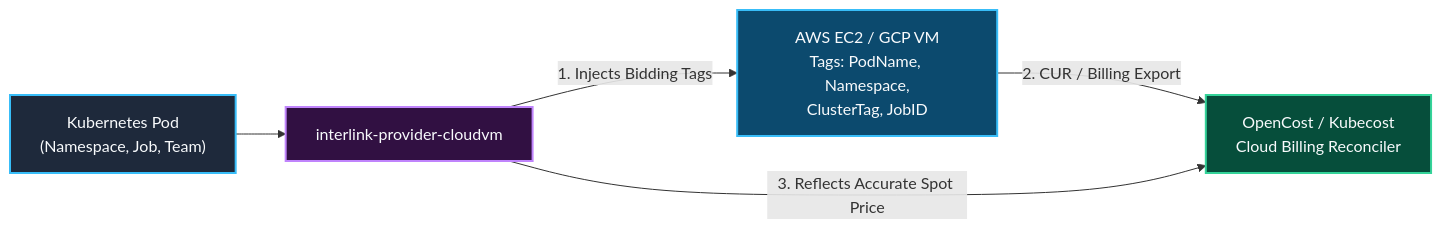
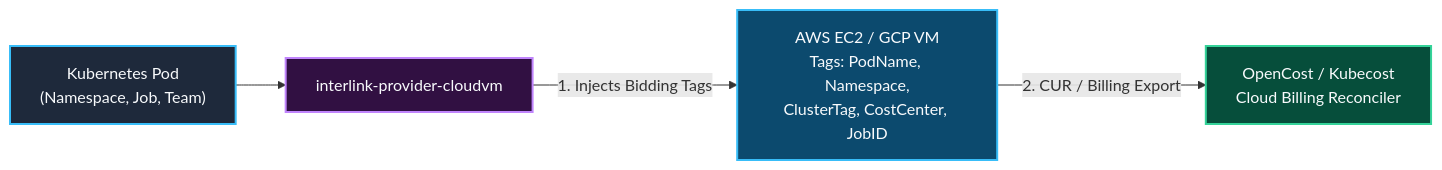
Before and after one commit to simonepri/interlink-cloudvm-plugin: the ninth of 9 diagrams in readme.md, drawn with Mermaid. The commit also changed other lines of this file and 15 other files, not shown here.

Commit message:
refactor: align 1:1 pod VM model, fix fleet token & status reporting, add ticker chart, and polish docs

````diff
--- a/readme.md
+++ b/readme.md
@@ -461,17 +368,16 @@
 ```mermaid
 flowchart LR
     classDef pod fill:#1E293B,stroke:#38BDF8,stroke-width:2px,color:#F8FAFC
     classDef driver fill:#311042,stroke:#C084FC,stroke-width:2px,color:#F8FAFC
     classDef cloud fill:#0C4A6E,stroke:#38BDF8,stroke-width:2px,color:#F8FAFC
     classDef opencost fill:#064E3B,stroke:#34D399,stroke-width:2px,color:#F8FAFC
 
     Pod["Kubernetes Pod
 (Namespace, Job, Team)"]:::pod
     --> Driver["interlink-provider-cloudvm"]:::driver
     Driver -->|1. Injects Bidding Tags| Cloud["AWS EC2 / GCP VM
 Tags: PodName, Namespace,
-ClusterTag, JobID"]:::cloud
+ClusterTag, CostCenter, JobID"]:::cloud
     Cloud -->|2. CUR / Billing Export| OpenCost["OpenCost / Kubecost
 Cloud Billing Reconciler"]:::opencost
-    Driver -->|3. Reflects Accurate Spot Price| OpenCost
 ```
````
